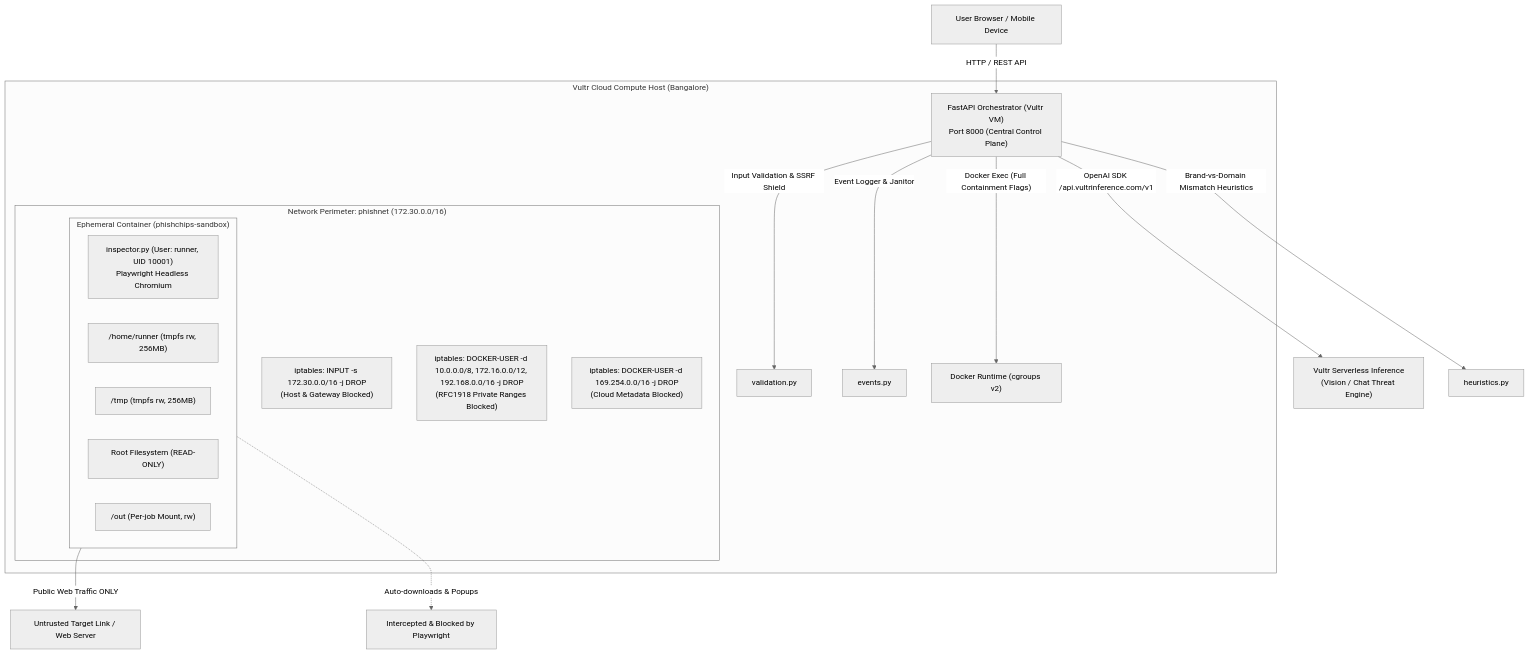
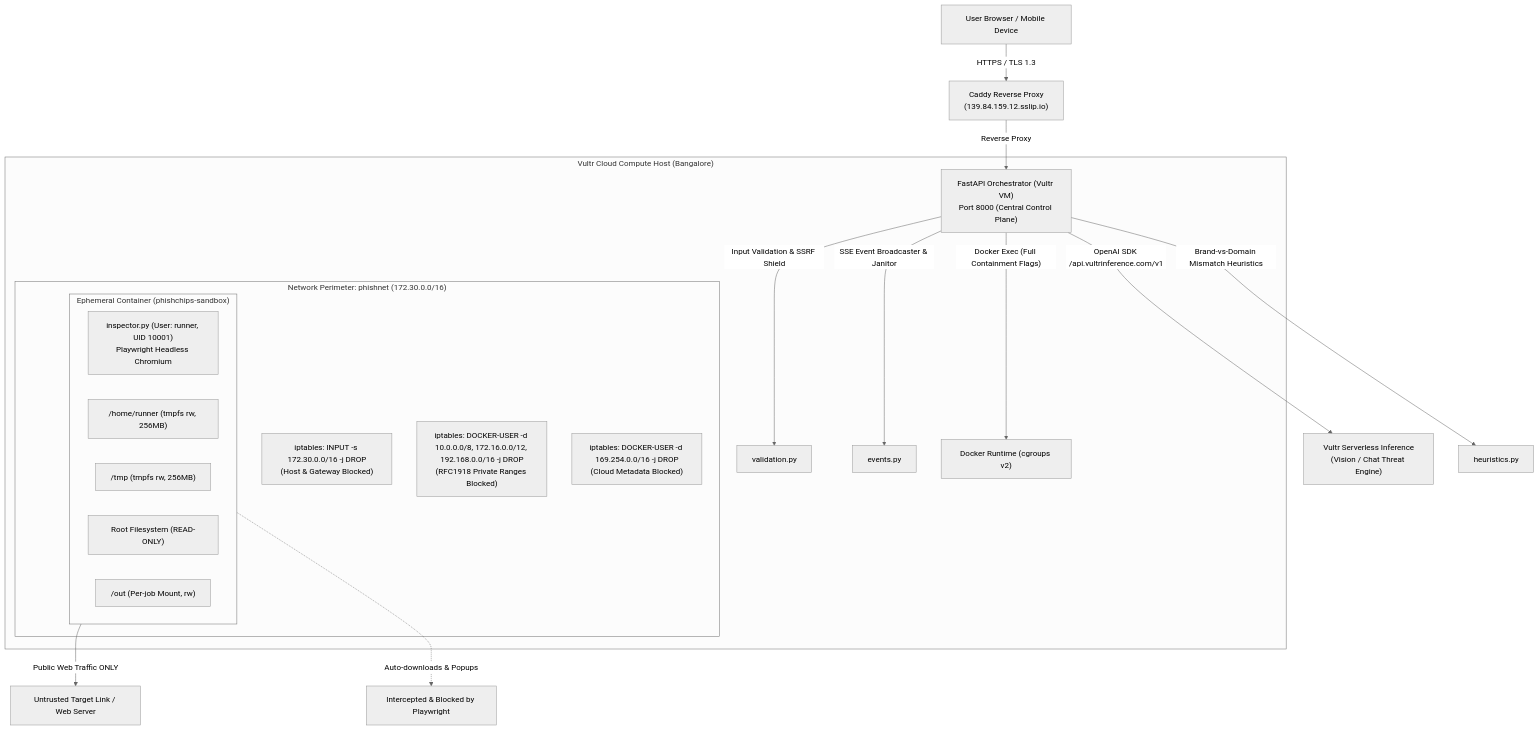
One commit to Vrajesh-sulakhe/PhishnChips changed the diagram in README.md. Above: the diagram before and after it, drawn with Mermaid (neutral theme). The commit also changed other lines of this file and 8 other files, not shown here.

Commit message:
Implement animated Orchestration Pipeline Node Graph, SSE event streaming, Caddy TLS reverse proxy, dynamic control plane telemetry, and regional localization

````diff
--- a/README.md
+++ b/README.md
@@ -26,30 +27,31 @@
 ```mermaid
 flowchart TD
-    User["User Browser / Mobile Device"] -->|"HTTP / REST API"| FastAPI["FastAPI Orchestrator (Vultr VM)\nPort 8000 (Central Control Plane)"]
+    User["User Browser / Mobile Device"] -->|"HTTPS / TLS 1.3"| Caddy["Caddy Reverse Proxy\n(139.84.159.12.sslip.io)"]
+    Caddy -->|"Reverse Proxy"| FastAPI["FastAPI Orchestrator (Vultr VM)\nPort 8000 (Central Control Plane)"]
     
     subgraph HostVM ["Vultr Cloud Compute Host (Bangalore)"]
         FastAPI -->|"Input Validation & SSRF Shield"| Validation["validation.py"]
-        FastAPI -->|"Event Logger & Janitor"| Events["events.py"]
+        FastAPI -->|"SSE Event Broadcaster & Janitor"| Events["events.py"]
         FastAPI -->|"Docker Exec (Full Containment Flags)"| DockerDaemon["Docker Runtime (cgroups v2)"]
         
         subgraph IsolatedNet ["Network Perimeter: phishnet (172.30.0.0/16)"]
             subgraph Sandbox ["Ephemeral Container (phishchips-sandbox)"]
                 Inspector["inspector.py (User: runner, UID 10001)\nPlaywright Headless Chromium"]
                 TmpfsHome["/home/runner (tmpfs rw, 256MB)"]
                 TmpfsTmp["/tmp (tmpfs rw, 256MB)"]
                 ReadOnlyRoot["Root Filesystem (READ-ONLY)"]
                 OutMount["/out (Per-job Mount, rw)"]
             end
             
             IPTablesHost["iptables: INPUT -s 172.30.0.0/16 -j DROP\n(Host & Gateway Blocked)"]
             IPTablesPrivate["iptables: DOCKER-USER -d 10.0.0.0/8, 172.16.0.0/12, 192.168.0.0/16 -j DROP\n(RFC1918 Private Ranges Blocked)"]
             IPTablesMeta["iptables: DOCKER-USER -d 169.254.0.0/16 -j DROP\n(Cloud Metadata Blocked)"]
         end
     end
 
     Sandbox -->|"Public Web Traffic ONLY"| TargetSite["Untrusted Target Link / Web Server"]
     Sandbox -.->|"Auto-downloads & Popups"| Blocked["Intercepted & Blocked by Playwright"]
     
     FastAPI -->|"OpenAI SDK /api.vultrinference.com/v1"| VultrInference["Vultr Serverless Inference\n(Vision / Chat Threat Engine)"]
     FastAPI -->|"Brand-vs-Domain Mismatch Heuristics"| Heuristics["heuristics.py"]
 ```
````
